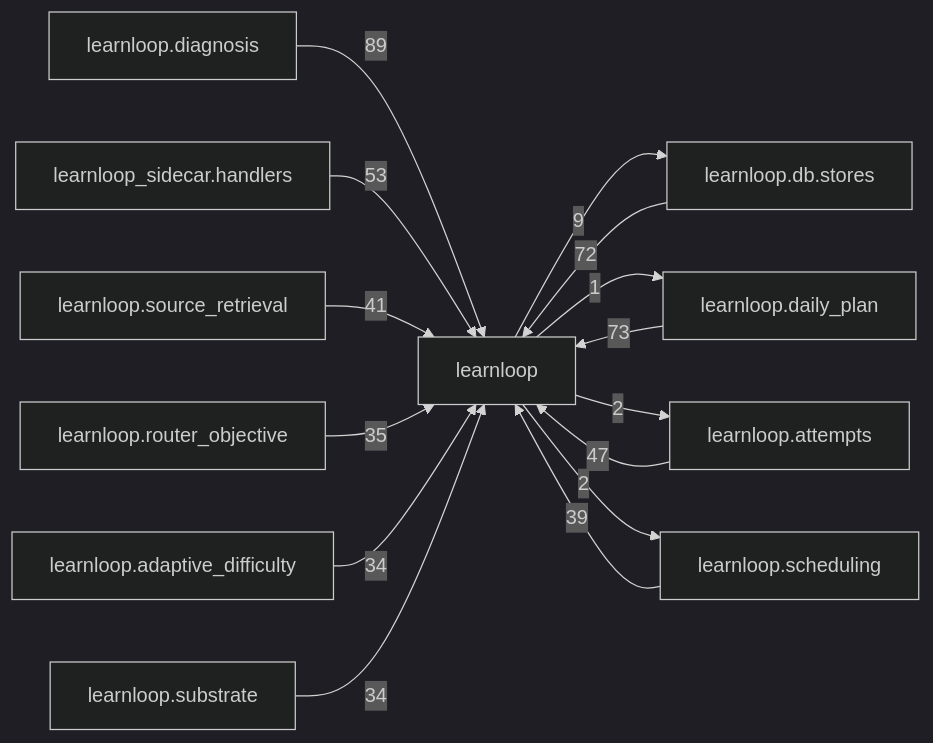
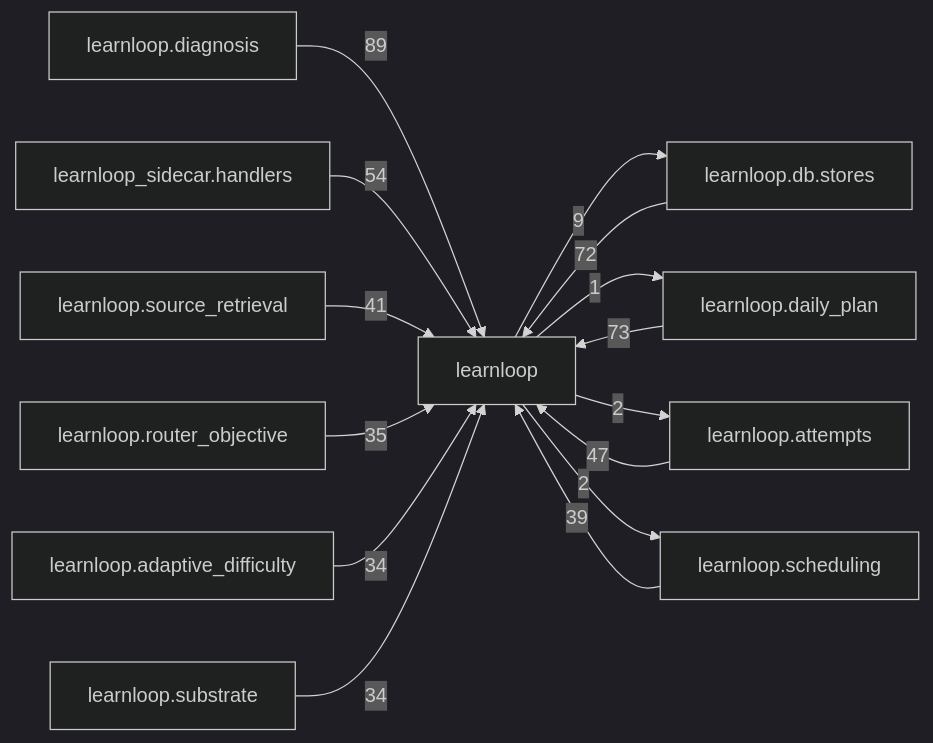
One commit to 6up-b/learnanything changed the diagram in docs/learnloop-architecture-vault/Reference/Modules/learnloop/_package.md. Above: the diagram before and after it, drawn with Mermaid (dark theme). The commit also changed other lines of this file and 9 other files, not shown here.

````diff
--- a/docs/learnloop-architecture-vault/Reference/Modules/learnloop/_package.md
+++ b/docs/learnloop-architecture-vault/Reference/Modules/learnloop/_package.md
@@ -271,28 +271,28 @@
 ```mermaid
 flowchart LR
     center["learnloop"]
     n_learnloop_diagnosis["learnloop.diagnosis"]
     n_learnloop_db_stores["learnloop.db.stores"]
     n_learnloop_daily_plan["learnloop.daily_plan"]
     n_learnloop_sidecar_handlers["learnloop_sidecar.handlers"]
     n_learnloop_attempts["learnloop.attempts"]
     n_learnloop_scheduling["learnloop.scheduling"]
     n_learnloop_source_retrieval["learnloop.source_retrieval"]
     n_learnloop_router_objective["learnloop.router_objective"]
     n_learnloop_adaptive_difficulty["learnloop.adaptive_difficulty"]
     n_learnloop_substrate["learnloop.substrate"]
     n_learnloop_diagnosis -->|89| center
     n_learnloop_db_stores -->|72| center
     center -->|9| n_learnloop_db_stores
     n_learnloop_daily_plan -->|73| center
     center -->|1| n_learnloop_daily_plan
-    n_learnloop_sidecar_handlers -->|53| center
+    n_learnloop_sidecar_handlers -->|54| center
     n_learnloop_attempts -->|47| center
     center -->|2| n_learnloop_attempts
     n_learnloop_scheduling -->|39| center
     center -->|2| n_learnloop_scheduling
     n_learnloop_source_retrieval -->|41| center
     n_learnloop_router_objective -->|35| center
     n_learnloop_adaptive_difficulty -->|34| center
     n_learnloop_substrate -->|34| center
 ```
````
